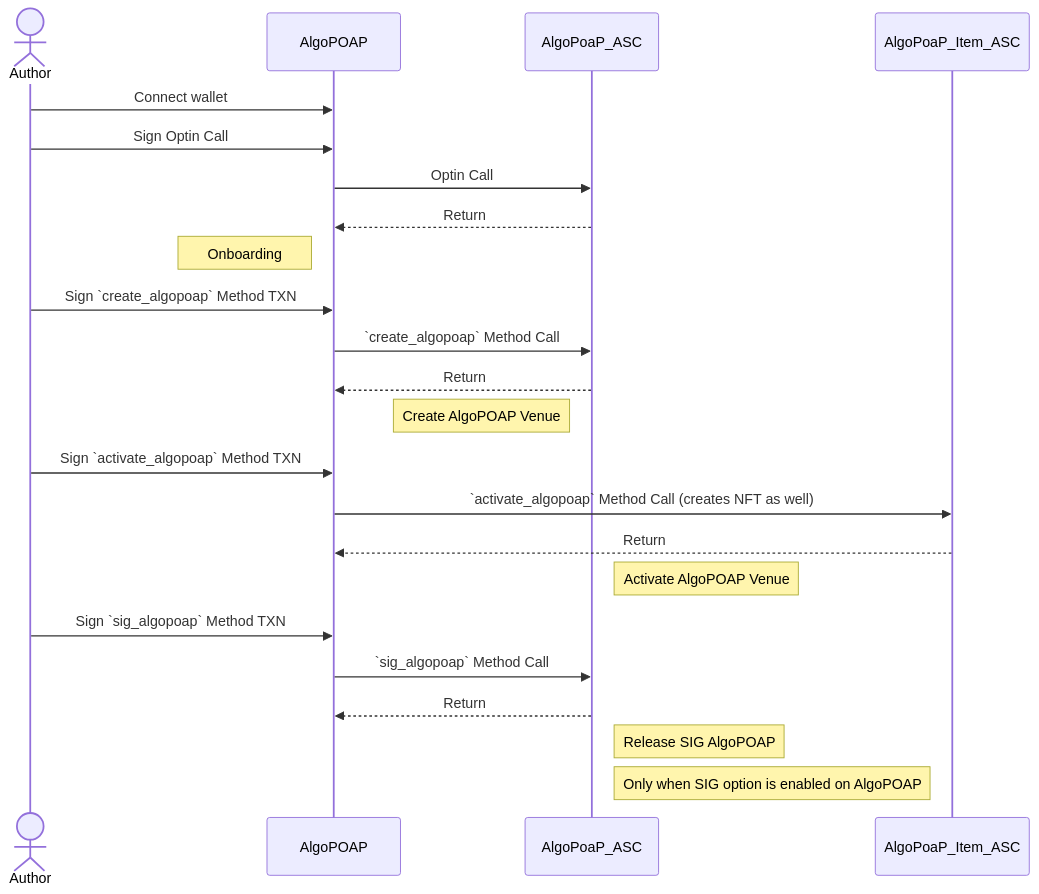
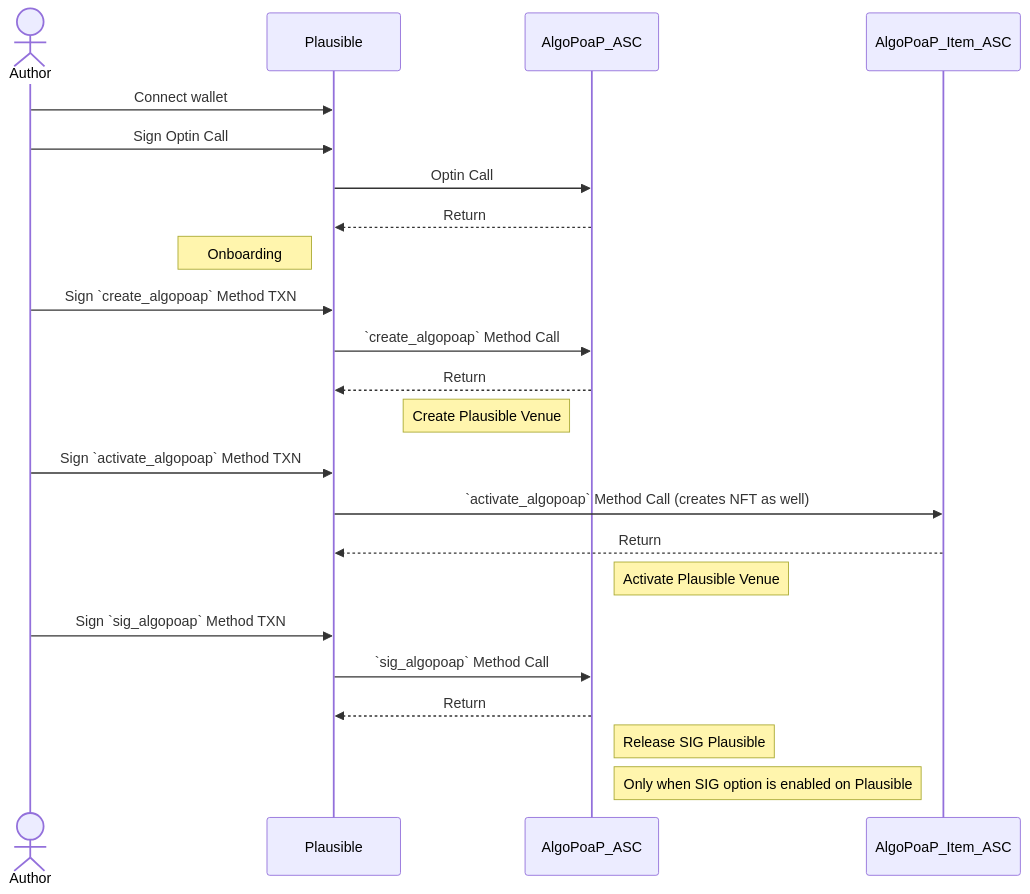
The second of 8 diagrams in profile/README.md (GoPlausible/.github), drawn with Mermaid before and after one commit. The commit also changed other lines of this file, not shown here.

````diff
--- a/profile/README.md
+++ b/profile/README.md
@@ -133,28 +134,28 @@
 ```mermaid
 sequenceDiagram 
 actor Author
-participant AlgoPOAP
+participant Plausible
 participant AlgoPoaP_ASC
 participant AlgoPoaP_Item_ASC
-Author ->> AlgoPOAP: Connect wallet
-Author ->> AlgoPOAP: Sign Optin Call
-AlgoPOAP ->> AlgoPoaP_ASC: Optin Call
-AlgoPoaP_ASC -->> AlgoPOAP: Return
-Note left of AlgoPOAP: Onboarding
-Author ->> AlgoPOAP: Sign `create_algopoap` Method TXN
-AlgoPOAP ->> AlgoPoaP_ASC:  `create_algopoap` Method Call
-AlgoPoaP_ASC -->> AlgoPOAP: Return
-Note left of AlgoPoaP_ASC: Create AlgoPOAP Venue
-Author ->> AlgoPOAP: Sign `activate_algopoap` Method TXN
-AlgoPOAP ->> AlgoPoaP_Item_ASC: `activate_algopoap` Method Call (creates NFT as well)
-AlgoPoaP_Item_ASC -->> AlgoPOAP: Return
-Note right of AlgoPoaP_ASC: Activate AlgoPOAP Venue
-Author ->> AlgoPOAP: Sign `sig_algopoap` Method TXN
-AlgoPOAP ->> AlgoPoaP_ASC: `sig_algopoap` Method Call 
-AlgoPoaP_ASC -->> AlgoPOAP: Return
-Note right of AlgoPoaP_ASC: Release SIG AlgoPOAP
-Note right of AlgoPoaP_ASC: Only when SIG option is enabled on AlgoPOAP
+Author ->> Plausible: Connect wallet
+Author ->> Plausible: Sign Optin Call
+Plausible ->> AlgoPoaP_ASC: Optin Call
+AlgoPoaP_ASC -->> Plausible: Return
+Note left of Plausible: Onboarding
+Author ->> Plausible: Sign `create_algopoap` Method TXN
+Plausible ->> AlgoPoaP_ASC:  `create_algopoap` Method Call
+AlgoPoaP_ASC -->> Plausible: Return
+Note left of AlgoPoaP_ASC: Create Plausible Venue
+Author ->> Plausible: Sign `activate_algopoap` Method TXN
+Plausible ->> AlgoPoaP_Item_ASC: `activate_algopoap` Method Call (creates NFT as well)
+AlgoPoaP_Item_ASC -->> Plausible: Return
+Note right of AlgoPoaP_ASC: Activate Plausible Venue
+Author ->> Plausible: Sign `sig_algopoap` Method TXN
+Plausible ->> AlgoPoaP_ASC: `sig_algopoap` Method Call 
+AlgoPoaP_ASC -->> Plausible: Return
+Note right of AlgoPoaP_ASC: Release SIG Plausible
+Note right of AlgoPoaP_ASC: Only when SIG option is enabled on Plausible
 
 
 
 ```
````
